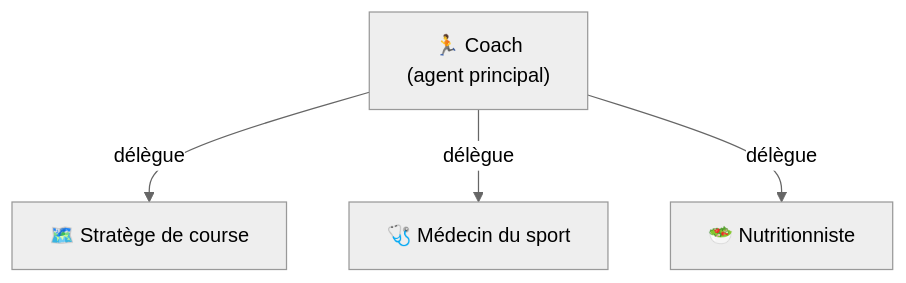
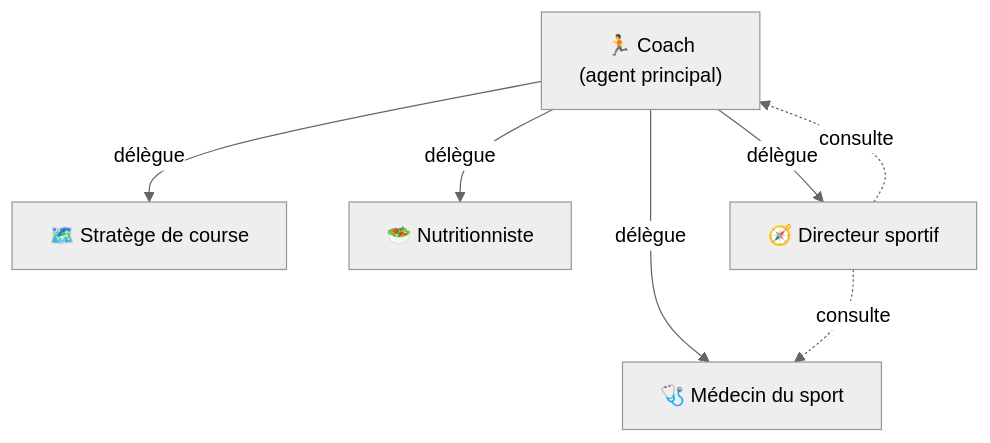
Before and after one commit to CorentinGuerrero/ai-running-coach: the diagram in docs/agents.md, drawn with Mermaid (neutral theme). The commit also changed other lines of this file and 20 other files, not shown here.

First line of the commit message:
feat(agents) : agent sports-director (directeur sportif) — courses et prochain objectif

````diff
--- a/docs/agents.md
+++ b/docs/agents.md
@@ -33,6 +33,9 @@
 ```mermaid
 flowchart TB
     Coach["🏃 Coach<br/>(agent principal)"] -->|délègue| CS["🗺️ Stratège de course"]
     Coach -->|délègue| Med["🩺 Médecin du sport"]
     Coach -->|délègue| Nut["🥗 Nutritionniste"]
+    Coach -->|délègue| DS["🧭 Directeur sportif"]
+    DS -.->|consulte| Med
+    DS -.->|consulte| Coach
 ```
````
